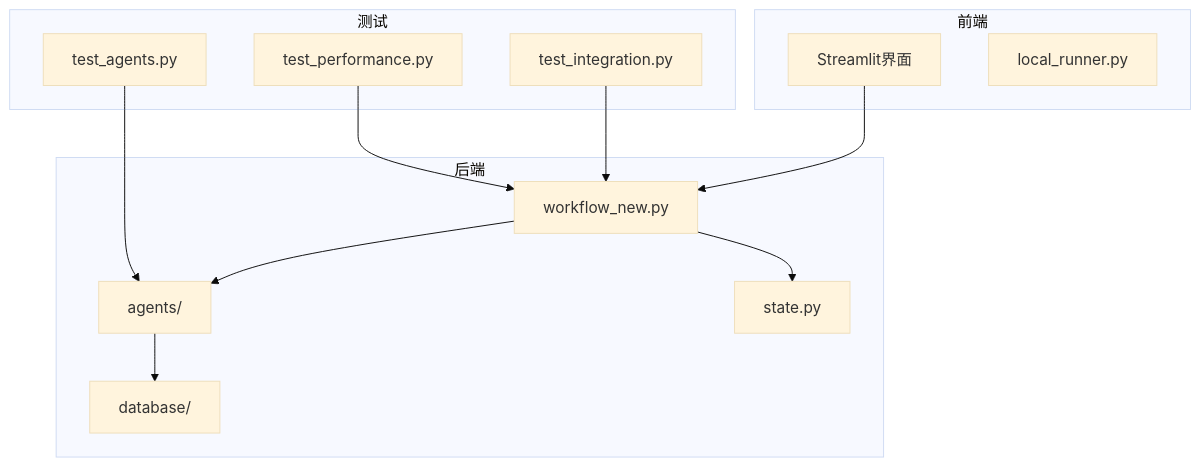
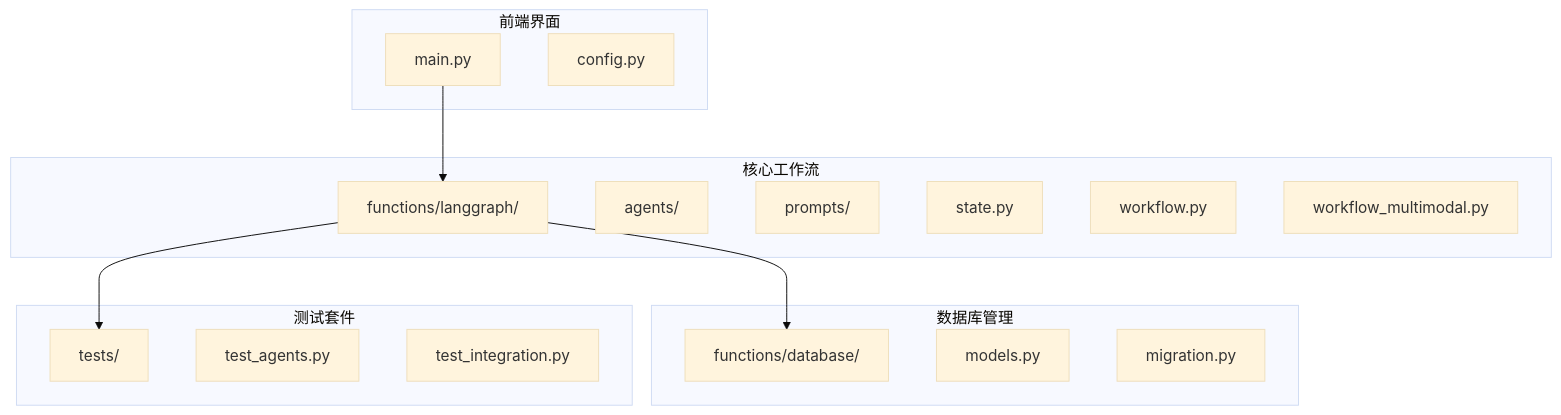
The first of 3 diagrams in .qoder/repowiki/zh/content/开发者指南.md (QWERTYjc/GradeOS), drawn with Mermaid (base theme) before and after one commit. The commit also changed other lines of this file and 85 other files, not shown here.

````diff
--- a/.qoder/repowiki/zh/content/开发者指南.md
+++ b/.qoder/repowiki/zh/content/开发者指南.md
@@ -36,25 +32,28 @@
 ```mermaid
 graph TD
-subgraph "前端"
-UI[Streamlit界面]
-Runner[local_runner.py]
+subgraph "前端界面"
+main[main.py]
+config[config.py]
 end
-subgraph "后端"
-Workflow[workflow_new.py]
-Agents[agents/]
-State[state.py]
-Database[database/]
+subgraph "核心工作流"
+langgraph[functions/langgraph/]
+agents[agents/]
+prompts[prompts/]
+state[state.py]
+workflow[workflow.py]
+workflow_multimodal[workflow_multimodal.py]
 end
-subgraph "测试"
-TestAgents[test_agents.py]
-TestIntegration[test_integration.py]
-TestPerformance[test_performance.py]
+subgraph "数据库管理"
+database[functions/database/]
+models[models.py]
+migration[migration.py]
 end
-UI --> Workflow
-Workflow --> Agents
-Workflow --> State
-Agents --> Database
-TestAgents --> Agents
-TestIntegration --> Workflow
-TestPerformance --> Workflow
+subgraph "测试套件"
+tests[tests/]
+test_agents[test_agents.py]
+test_integration[test_integration.py]
+end
+main --> langgraph
+langgraph --> database
+langgraph --> tests
 ```
````
